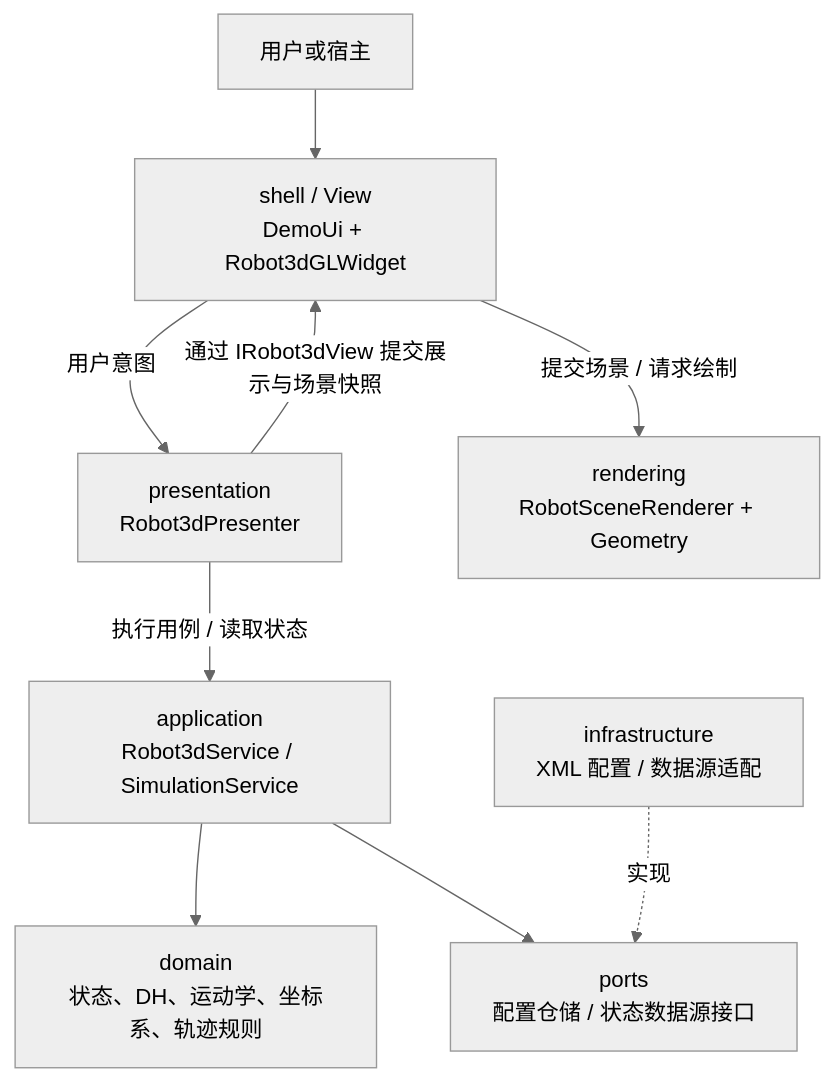
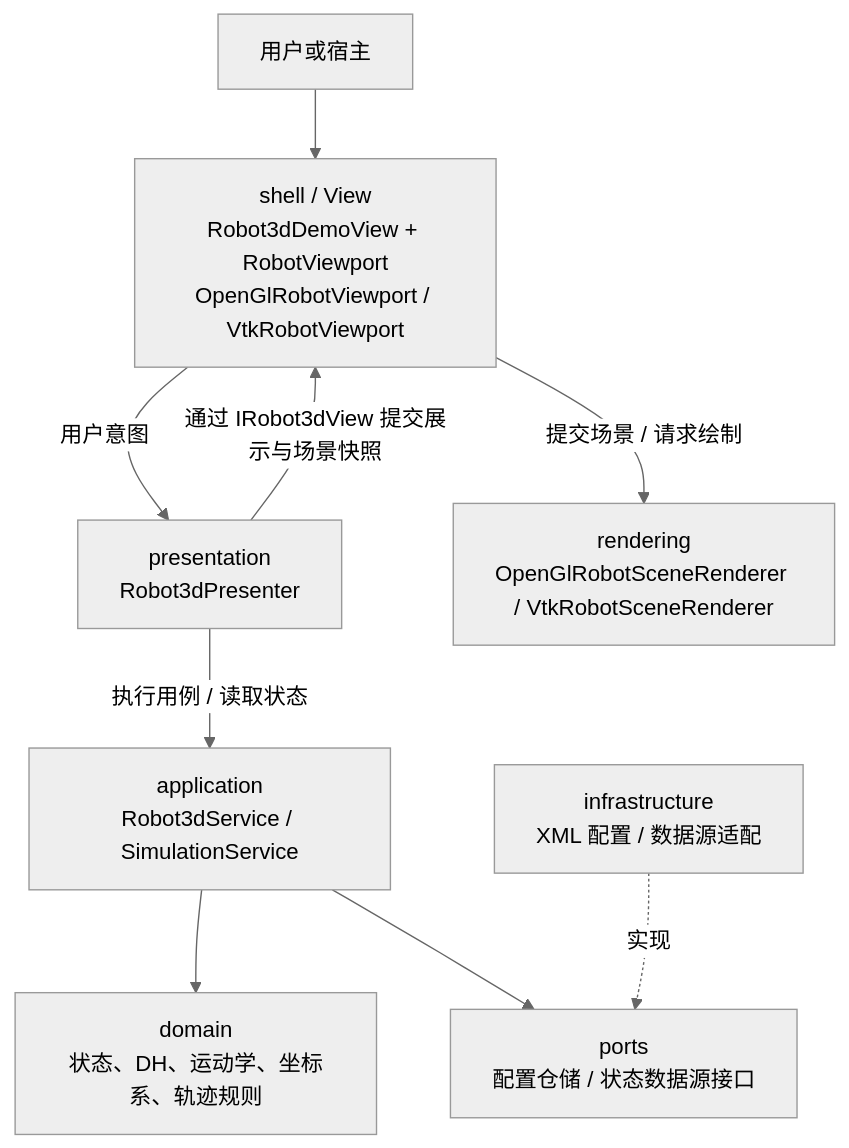
Before and after one commit to wuohhh/opengl-robot3dmodel_demo: the first of 2 diagrams in docs/MVP分层架构设计与重构指南.md, drawn with Mermaid (neutral theme). The commit also changed other lines of this file and 94 other files, not shown here.

````diff
--- a/docs/MVP分层架构设计与重构指南.md
+++ b/docs/MVP分层架构设计与重构指南.md
@@ -95,20 +97,20 @@
 ```mermaid
 flowchart TB
     U[用户或宿主]
-    V["shell / View<br/>DemoUi + Robot3dGLWidget"]
+    V["shell / View<br/>Robot3dDemoView + RobotViewport<br/>OpenGlRobotViewport / VtkRobotViewport"]
     P["presentation<br/>Robot3dPresenter"]
     A["application<br/>Robot3dService / SimulationService"]
     D["domain<br/>状态、DH、运动学、坐标系、轨迹规则"]
     I["ports<br/>配置仓储 / 状态数据源接口"]
     F["infrastructure<br/>XML 配置 / 数据源适配"]
-    R["rendering<br/>RobotSceneRenderer + Geometry"]
+    R["rendering<br/>OpenGlRobotSceneRenderer / VtkRobotSceneRenderer"]
 
     U --> V
     V -->|用户意图| P
     P -->|通过 IRobot3dView 提交展示与场景快照| V
     P -->|执行用例 / 读取状态| A
     A --> D
     A --> I
     F -.->|实现| I
     V -->|提交场景 / 请求绘制| R
 ```
````
